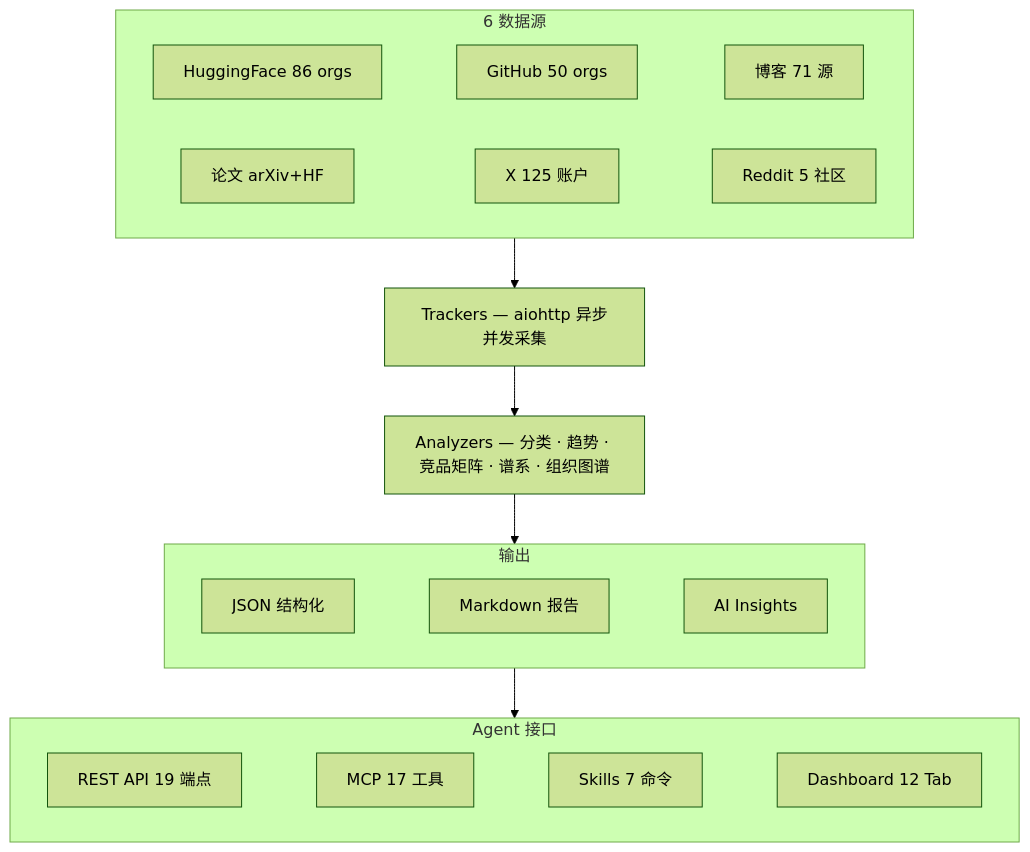
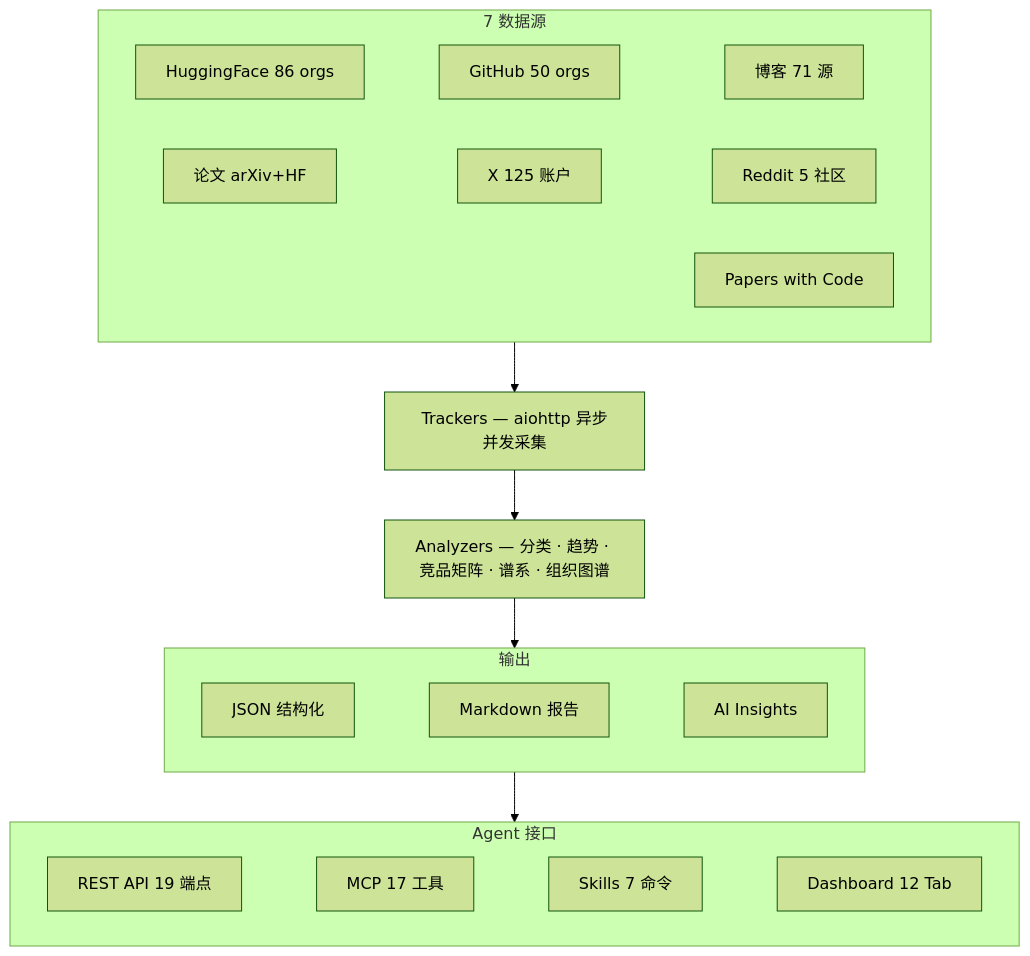
Before and after one commit to liuxiaotong/ai-dataset-radar: the first of 2 diagrams in README.md, drawn with Mermaid (forest theme). The commit also changed other lines of this file and 21 other files, not shown here.

First line of the commit message:
feat: Papers with Code 数据源 + 组织级水位线 + 批量趋势计算

````diff
--- a/README.md
+++ b/README.md
@@ -31,25 +31,26 @@
 ```mermaid
 flowchart TD
-    subgraph S[" 6 数据源"]
+    subgraph S[" 7 数据源"]
         direction LR
         S1["HuggingFace 86 orgs"] ~~~ S2["GitHub 50 orgs"] ~~~ S3["博客 71 源"]
         S4["论文 arXiv+HF"] ~~~ S5["X 125 账户"] ~~~ S6["Reddit 5 社区"]
+        S7["Papers with Code"]
     end
 
     S --> T["Trackers — aiohttp 异步并发采集"]
     T --> A["Analyzers — 分类 · 趋势 · 竞品矩阵 · 谱系 · 组织图谱"]
 
     subgraph O[" 输出"]
         direction LR
         O1["JSON 结构化"] ~~~ O2["Markdown 报告"] ~~~ O3["AI Insights"]
     end
 
     A --> O
 
     subgraph I[" Agent 接口"]
         direction LR
         I1["REST API 19 端点"] ~~~ I2["MCP 17 工具"] ~~~ I3["Skills 7 命令"] ~~~ I4["Dashboard 12 Tab"]
     end
 
     O --> I
 ```
````
